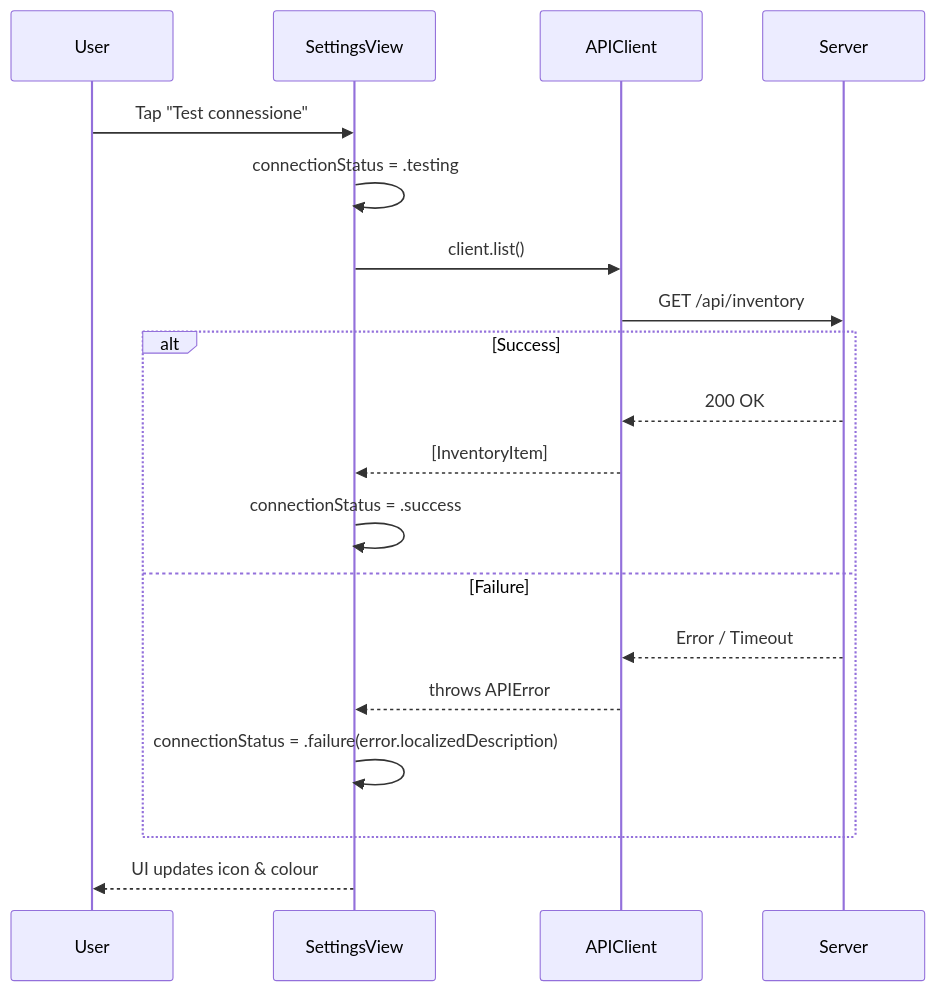
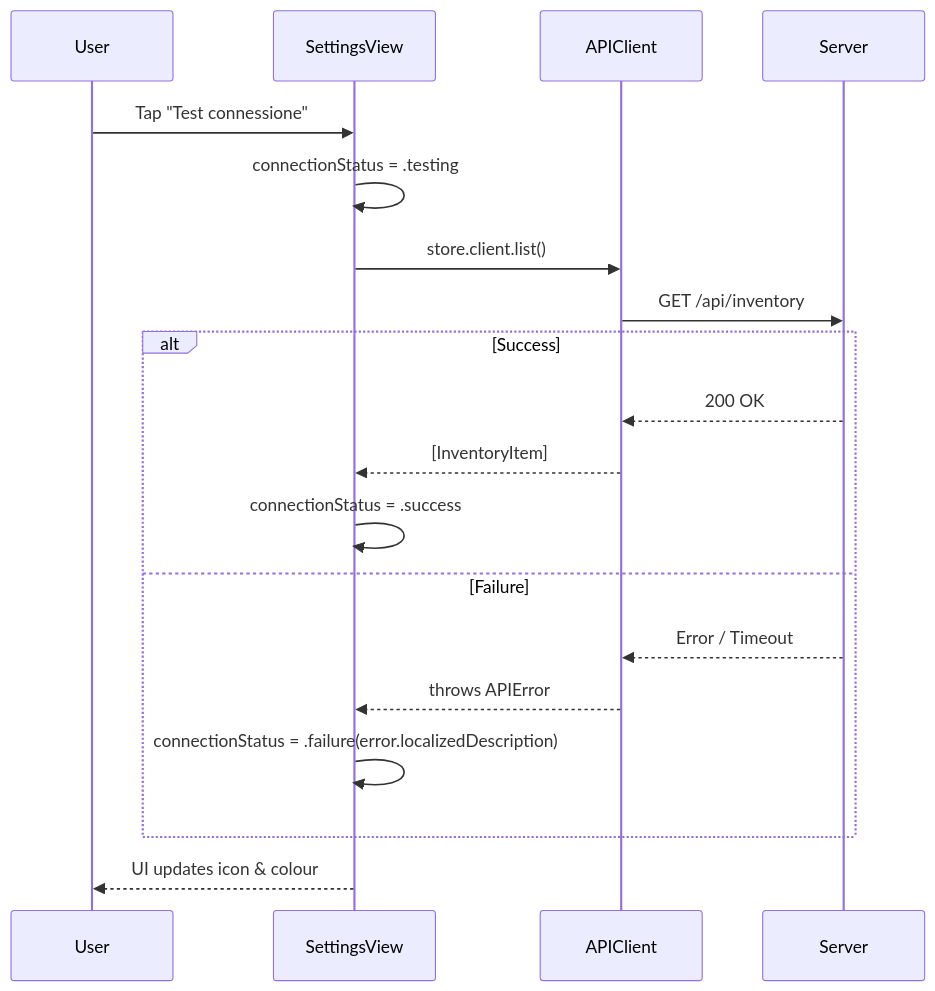
Before and after one commit to lorecanc/dispensapp: the diagram in wiki/components/ios-settings-view.md, drawn with Mermaid. The commit also changed other lines of this file and 55 other files, not shown here.

````diff
--- a/wiki/components/ios-settings-view.md
+++ b/wiki/components/ios-settings-view.md
@@ -65,22 +64,22 @@
 ```mermaid
 sequenceDiagram
     participant User
     participant SettingsView
     participant APIClient
     participant Server
 
     User->>SettingsView: Tap "Test connessione"
     SettingsView->>SettingsView: connectionStatus = .testing
-    SettingsView->>APIClient: client.list()
+    SettingsView->>APIClient: store.client.list()
     APIClient->>Server: GET /api/inventory
     alt Success
         Server-->>APIClient: 200 OK
         APIClient-->>SettingsView: [InventoryItem]
         SettingsView->>SettingsView: connectionStatus = .success
     else Failure
         Server-->>APIClient: Error / Timeout
         APIClient-->>SettingsView: throws APIError
         SettingsView->>SettingsView: connectionStatus = .failure(error.localizedDescription)
     end
     SettingsView-->>User: UI updates icon & colour
 ```
````
